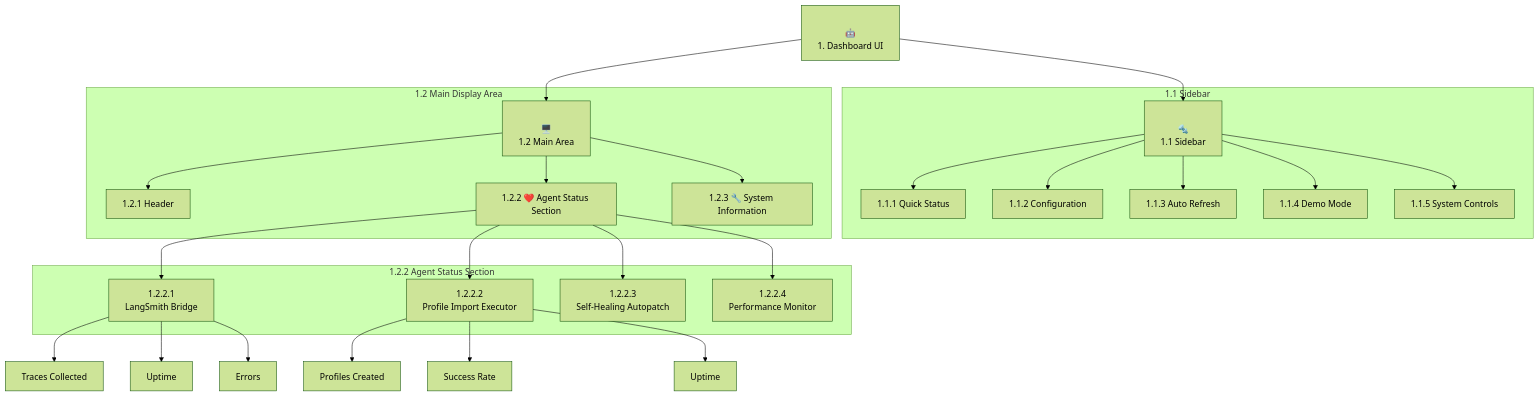
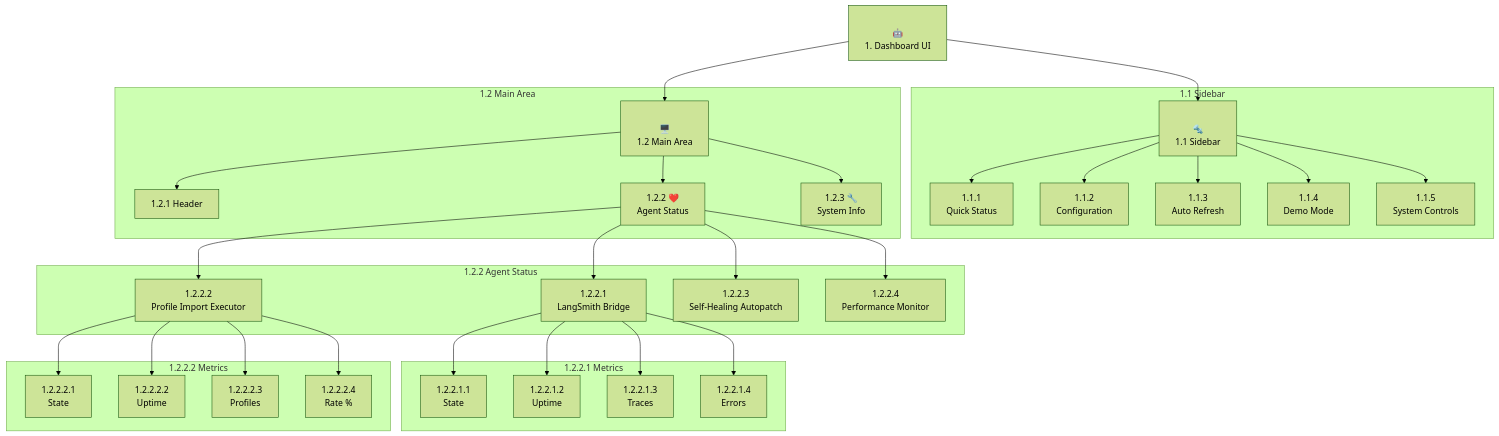
The diagram in background_agents_dashboard_ui.md (Kausiukas/System-Reference), drawn with Mermaid (forest theme) before and after one commit. The commit also changed other lines of this file, not shown here.

````diff
--- a/background_agents_dashboard_ui.md
+++ b/background_agents_dashboard_ui.md
@@ -102,34 +99,40 @@
 ```mermaid
 graph TD
     A1["<br/>🤖<br/>1. Dashboard UI<br/>"] --> B1["<br/>🔩<br/>1.1 Sidebar<br/>"];
     A1 --> C1["<br/>🖥️<br/>1.2 Main Area<br/>"];
 
     subgraph "1.1 Sidebar"
-        B1 --> B1.1["1.1.1 Quick Status"];
-        B1 --> B1.2["1.1.2 Configuration"];
-        B1 --> B1.3["1.1.3 Auto Refresh"];
-        B1 --> B1.4["1.1.4 Demo Mode"];
-        B1 --> B1.5["1.1.5 System Controls"];
+        B1 --> B1.1["1.1.1<br/>Quick Status"];
+        B1 --> B1.2["1.1.2<br/>Configuration"];
+        B1 --> B1.3["1.1.3<br/>Auto Refresh"];
+        B1 --> B1.4["1.1.4<br/>Demo Mode"];
+        B1 --> B1.5["1.1.5<br/>System Controls"];
     end
 
-    subgraph "1.2 Main Display Area"
+    subgraph "1.2 Main Area"
         C1 --> C1.1["1.2.1 Header"];
-        C1 --> C1.2["1.2.2 ❤️ Agent Status Section"];
-        C1 --> C1.3["1.2.3 🔧 System Information"];
+        C1 --> C1.2["1.2.2 ❤️<br/>Agent Status"];
+        C1 --> C1.3["1.2.3 🔧<br/>System Info"];
     end
 
-    subgraph "1.2.2 Agent Status Section"
+    subgraph "1.2.2 Agent Status"
         C1.2 --> D1["1.2.2.1<br/>LangSmith Bridge"];
         C1.2 --> D2["1.2.2.2<br/>Profile Import Executor"];
         C1.2 --> D3["1.2.2.3<br/>Self-Healing Autopatch"];
         C1.2 --> D4["1.2.2.4<br/>Performance Monitor"];
     end
     
-    D1 --> D1.1["Traces Collected"];
-    D1 --> D1.2["Uptime"];
-    D1 --> D1.3["Errors"];
-
-    D2 --> D2.1["Profiles Created"];
-    D2 --> D2.2["Success Rate"];
-    D2 --> D2.3["Uptime"];
+    subgraph "1.2.2.1 Metrics"
+        D1 --> E1["1.2.2.1.1<br/>State"];
+        D1 --> E2["1.2.2.1.2<br/>Uptime"];
+        D1 --> E3["1.2.2.1.3<br/>Traces"];
+        D1 --> E4["1.2.2.1.4<br/>Errors"];
+    end
+    
+    subgraph "1.2.2.2 Metrics"
+        D2 --> F1["1.2.2.2.1<br/>State"];
+        D2 --> F2["1.2.2.2.2<br/>Uptime"];
+        D2 --> F3["1.2.2.2.3<br/>Profiles"];
+        D2 --> F4["1.2.2.2.4<br/>Rate %"];
+    end
 ``` 
````
